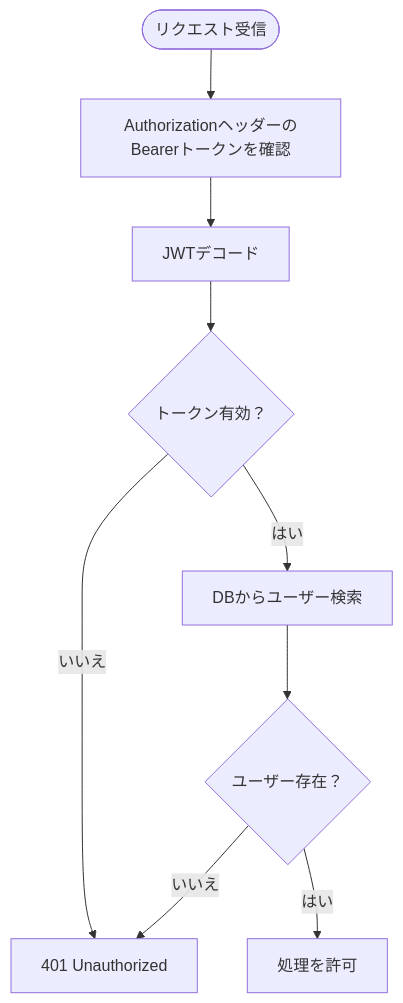
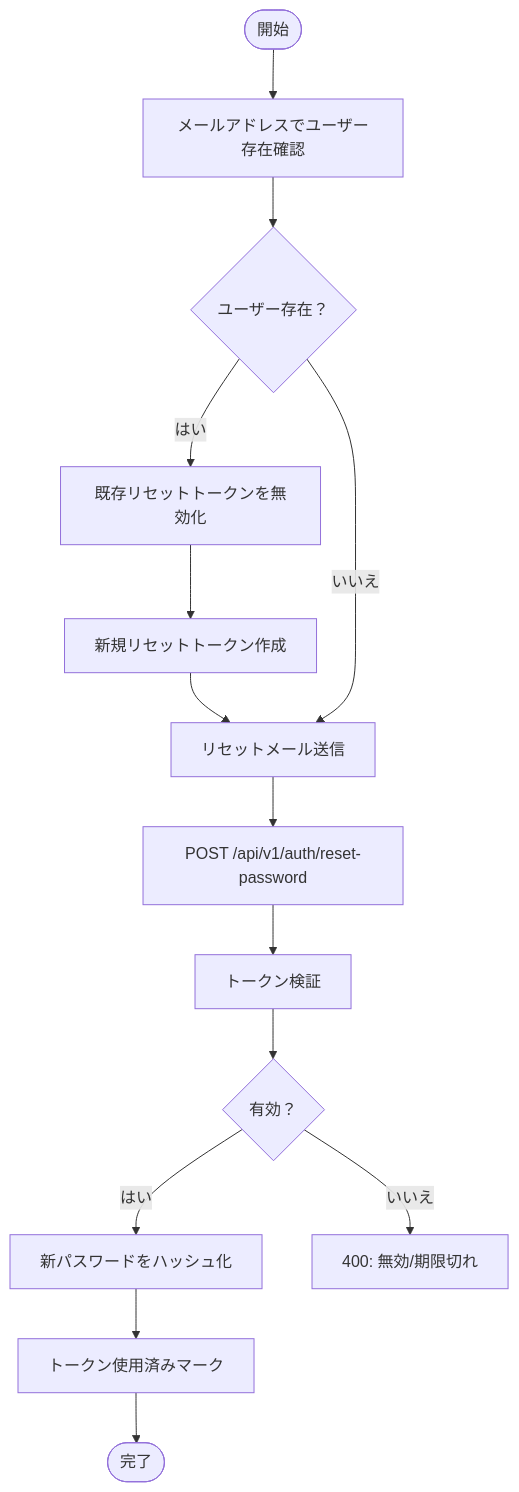
One commit to ss8806/Todos changed the fourth of 5 diagrams in .qoder/repowiki/ja/content/APIリファレンス/ユーザーAPI.md. Above: the diagram before and after it, drawn with Mermaid. The commit also changed other lines of this file and 106 other files, not shown here.

````diff
--- a/.qoder/repowiki/ja/content/APIリファレンス/ユーザーAPI.md
+++ b/.qoder/repowiki/ja/content/APIリファレンス/ユーザーAPI.md
@@ -195,11 +271,16 @@
 ```mermaid
 flowchart TD
-Start(["リクエスト受信"]) --> CheckToken["AuthorizationヘッダーのBearerトークンを確認"]
-CheckToken --> Decode["JWTデコード"]
-Decode --> Valid{"トークン有効？"}
-Valid --> |いいえ| Err401["401 Unauthorized"]
-Valid --> |はい| FindUser["DBからユーザー検索"]
-FindUser --> Found{"ユーザー存在？"}
-Found --> |いいえ| Err401
-Found --> |はい| Allow["処理を許可"]
+Start(["開始"]) --> CheckUser["メールアドレスでユーザー存在確認"]
+CheckUser --> Exists{"ユーザー存在？"}
+Exists --> |はい| Invalidate["既存リセットトークンを無効化"]
+Invalidate --> CreateToken["新規リセットトークン作成"]
+CreateToken --> SendMail["リセットメール送信"]
+Exists --> |いいえ| SendMail
+SendMail --> Reset["POST /api/v1/auth/reset-password"]
+Reset --> VerifyToken["トークン検証"]
+VerifyToken --> Valid{"有効？"}
+Valid --> |はい| HashNew["新パスワードをハッシュ化"]
+HashNew --> MarkUsed["トークン使用済みマーク"]
+MarkUsed --> Done(["完了"])
+Valid --> |いいえ| Error400["400: 無効/期限切れ"]
 ```
````
